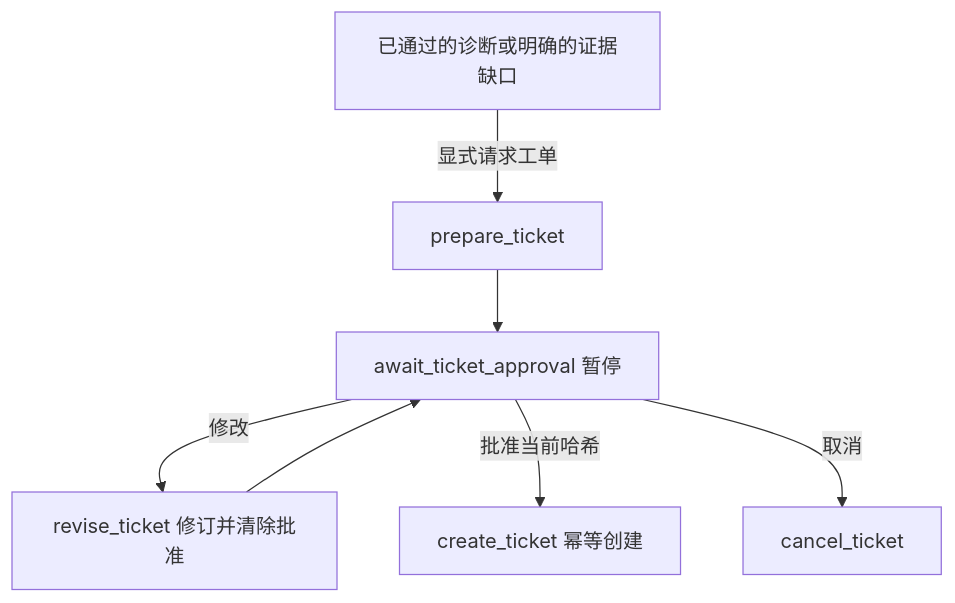
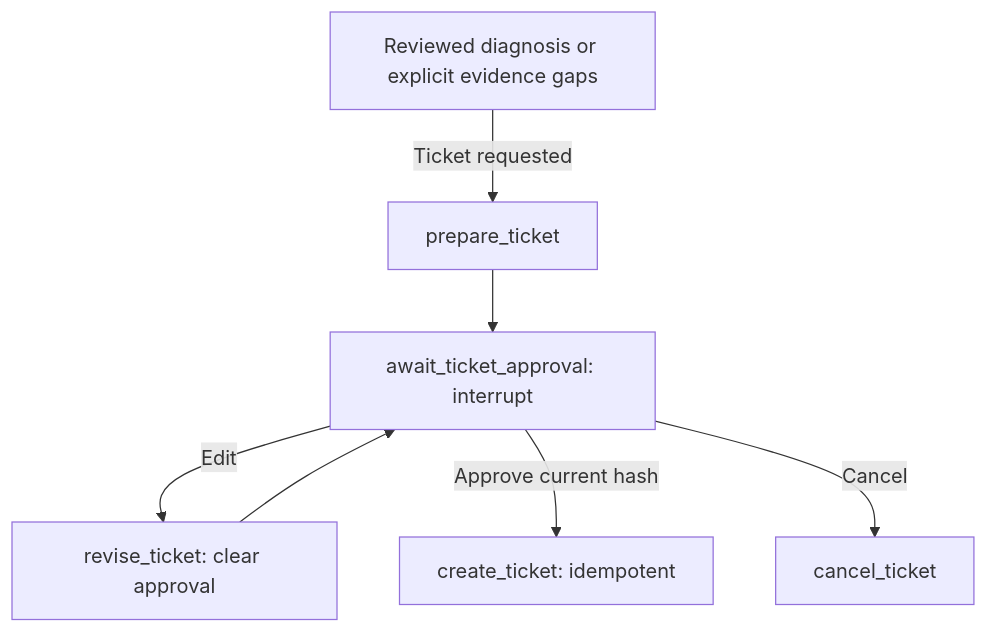
Before and after one commit to BingYH/RAG_Demo: the diagram in docs/ticket_workflow.md, drawn with Mermaid. The commit also changed other lines of this file and 52 other files, not shown here.

````diff
--- a/docs/ticket_workflow.md
+++ b/docs/ticket_workflow.md
@@ -80,9 +113,9 @@
 ```mermaid
 flowchart TD
-    A[已通过的诊断或明确的证据缺口] -->|显式请求工单| B[prepare_ticket]
-    B --> C[await_ticket_approval 暂停]
-    C -->|修改| D[revise_ticket 修订并清除批准]
+    A[Reviewed diagnosis or explicit evidence gaps] -->|Ticket requested| B[prepare_ticket]
+    B --> C[await_ticket_approval: interrupt]
+    C -->|Edit| D[revise_ticket: clear approval]
     D --> C
-    C -->|批准当前哈希| E[create_ticket 幂等创建]
-    C -->|取消| F[cancel_ticket]
+    C -->|Approve current hash| E[create_ticket: idempotent]
+    C -->|Cancel| F[cancel_ticket]
 ```
````
